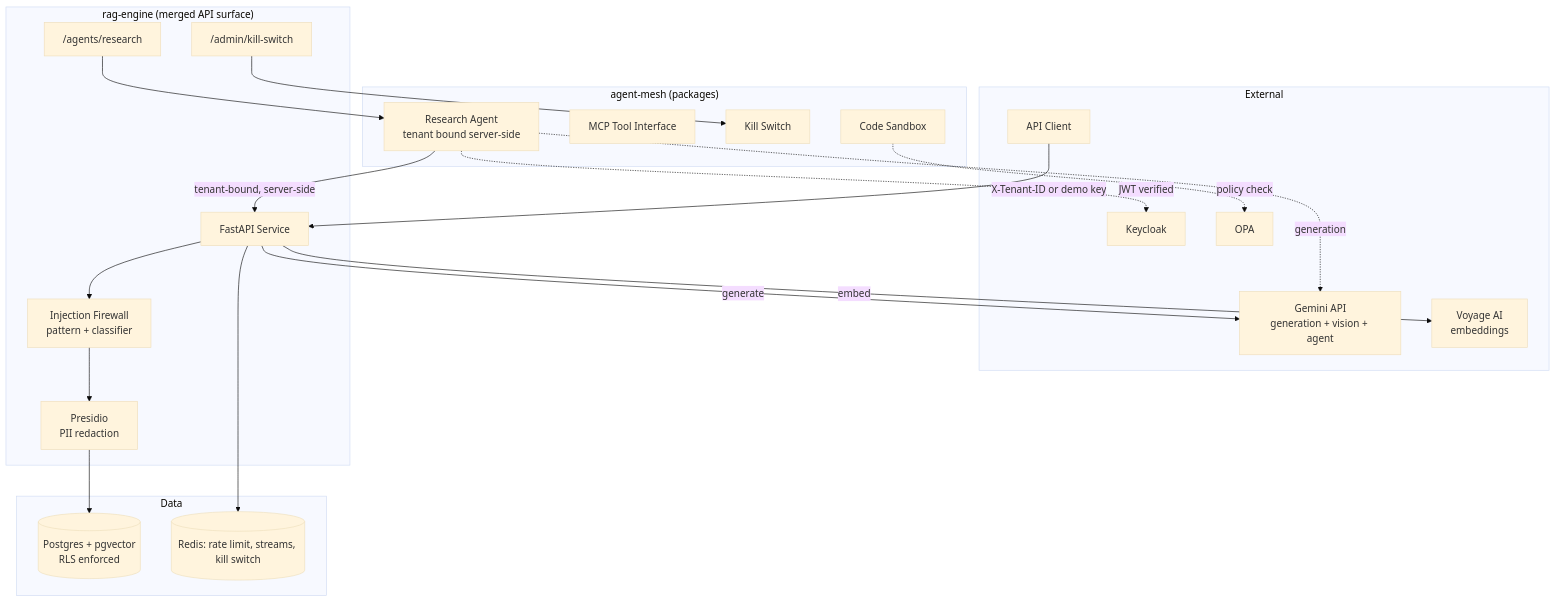
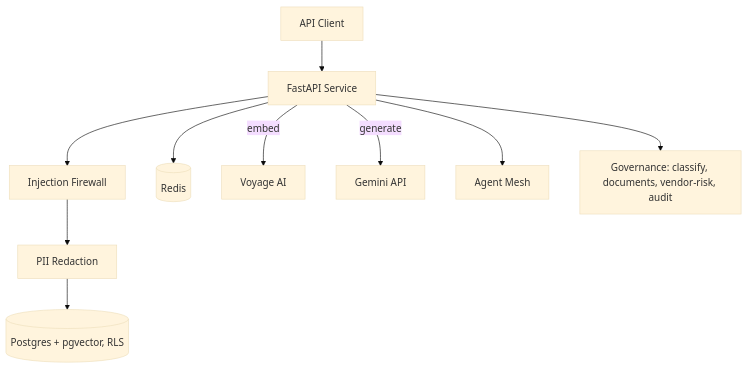
One commit to md-fazle-rabbi/fazle-enterprise-ai-platform changed the diagram in README.md. Above: the diagram before and after it, drawn with Mermaid (base theme). The commit also changed other lines of this file and 3 other files, not shown here.

````diff
--- a/README.md
+++ b/README.md
@@ -33,44 +70,12 @@
 ```mermaid
 graph TB
-    subgraph "External"
-        User[API Client]
-        Gemini[Gemini API<br/>generation + vision + agent]
-        Voyage[Voyage AI<br/>embeddings]
-        KC[Keycloak]
-        OPA[OPA]
-    end
-
-    subgraph "rag-engine (merged API surface)"
-        API[FastAPI Service]
-        FW[Injection Firewall<br/>pattern + classifier]
-        PII[Presidio<br/>PII redaction]
-        Agents["/agents/research"]
-        Admin["/admin/kill-switch"]
-    end
-
-    subgraph "agent-mesh (packages)"
-        RA[Research Agent<br/>tenant bound server-side]
-        MCP[MCP Tool Interface]
-        KS[Kill Switch]
-        SB[Code Sandbox]
-    end
-
-    subgraph "Data"
-        PG[(Postgres + pgvector<br/>RLS enforced)]
-        Redis[(Redis: rate limit, streams, kill switch)]
-    end
-
-    User -->|X-Tenant-ID or demo key| API
-    API --> FW
-    FW --> PII
-    PII --> PG
-    API -->|embed| Voyage
-    API -->|generate| Gemini
-    API --> Redis
-    Agents --> RA
-    RA -->|tenant-bound, server-side| API
-    RA -.->|generation| Gemini
-    Admin --> KS
-    RA -.->|JWT verified| KC
-    SB -.->|policy check| OPA
+    User[API Client] --> API[FastAPI Service]
+    API --> FW[Injection Firewall]
+    FW --> PII[PII Redaction]
+    PII --> PG[(Postgres + pgvector, RLS)]
+    API --> Redis[(Redis)]
+    API -->|embed| Voyage[Voyage AI]
+    API -->|generate| Gemini[Gemini API]
+    API --> Agents[Agent Mesh]
+    API --> Governance["Governance: classify, documents, vendor-risk, audit"]
 ```
````
